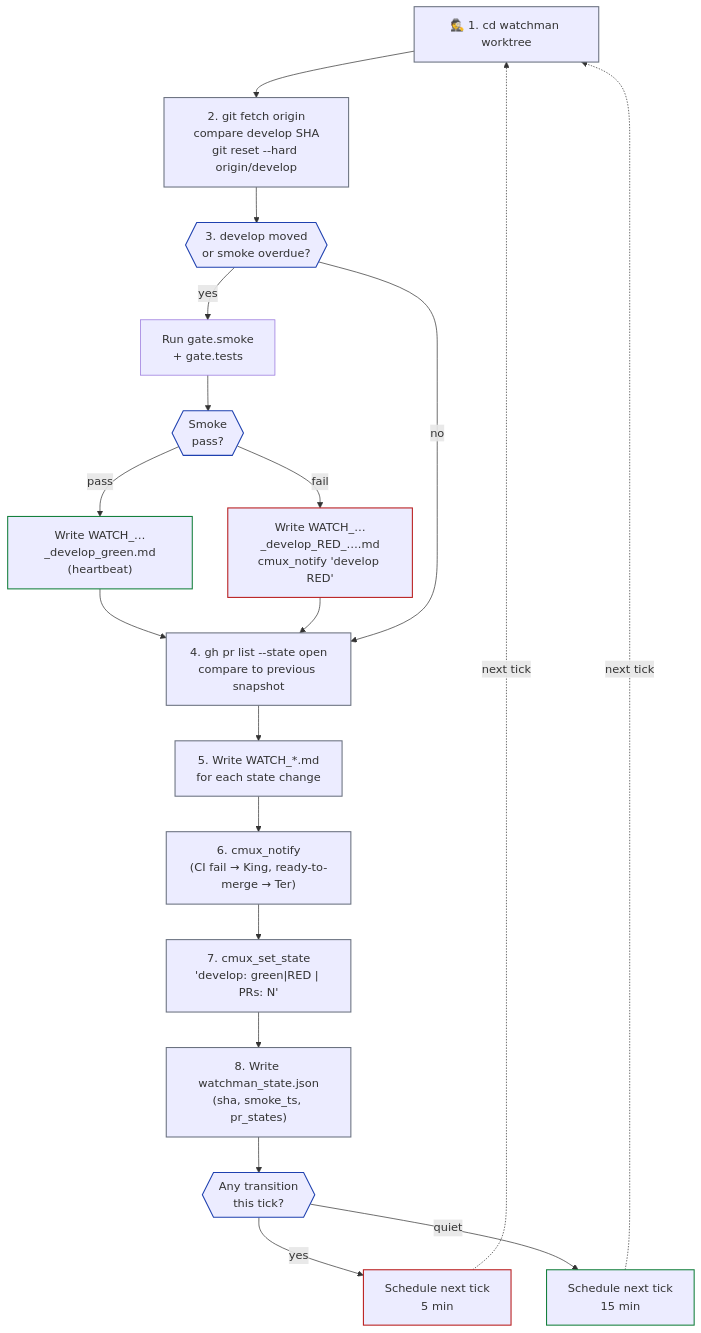
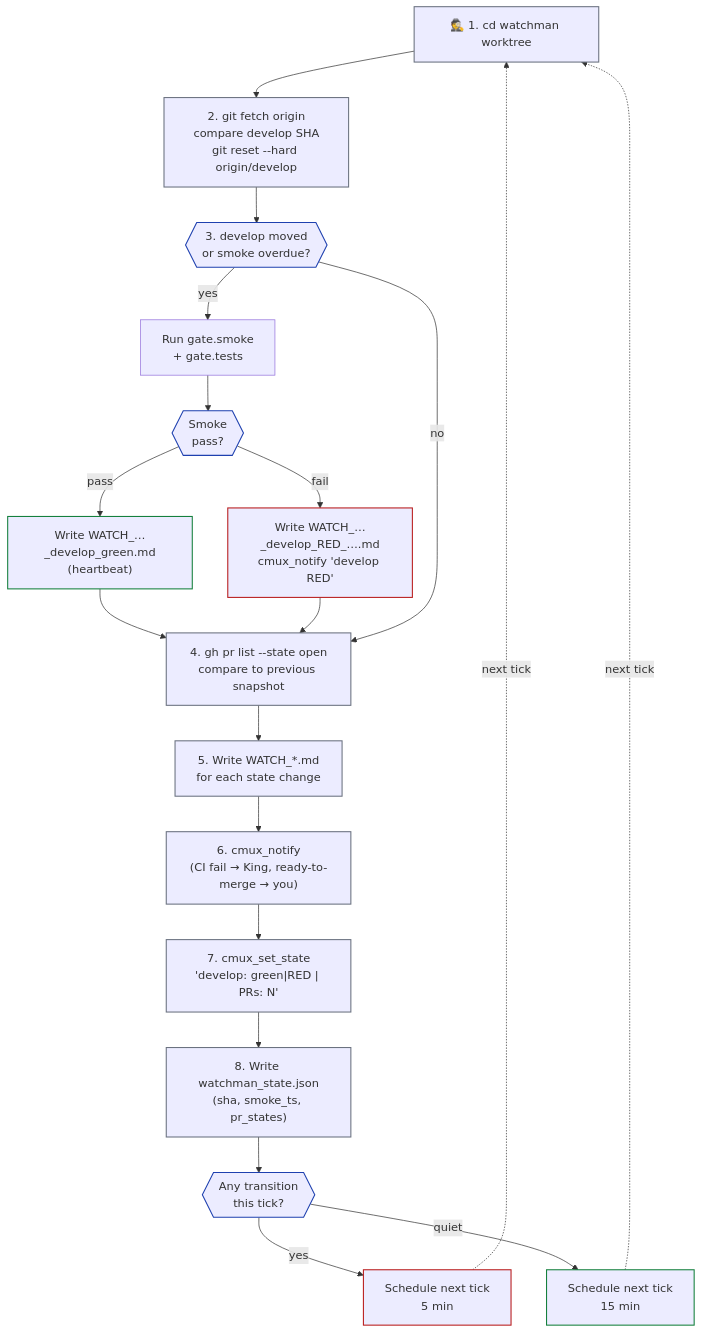
Before and after one commit to chatthong/kingdom: the first of 2 diagrams in .kingdom/.setting/roles/watchman.md, drawn with Mermaid. The commit also changed other lines of this file and 77 other files, not shown here.

````diff
--- a/.kingdom/.setting/roles/watchman.md
+++ b/.kingdom/.setting/roles/watchman.md
@@ -41,39 +47,39 @@
 ```mermaid
 flowchart TB
     T1["🕵️ 1. cd watchman worktree"]
     T2["2. git fetch origin\ncompare develop SHA\ngit reset --hard origin/develop"]
     T3{{"3. develop moved\nor smoke overdue?"}}
     T4["Run gate.smoke\n+ gate.tests"]
     T5{{"Smoke\npass?"}}
     T6["Write WATCH_…_develop_green.md\n(heartbeat)"]
     T7["Write WATCH_…_develop_RED_….md\ncmux_notify 'develop RED'"]
     T8["4. gh pr list --state open\ncompare to previous snapshot"]
     T9["5. Write WATCH_*.md\nfor each state change"]
-    T10["6. cmux_notify\n(CI fail → King, ready-to-merge → Ter)"]
+    T10["6. cmux_notify\n(CI fail → King, ready-to-merge → you)"]
     T11["7. cmux_set_state\n'develop: green|RED | PRs: N'"]
     T12["8. Write watchman_state.json\n(sha, smoke_ts, pr_states)"]
     PACE{{"Any transition\nthis tick?"}}
     WAIT5["Schedule next tick\n5 min"]
     WAIT15["Schedule next tick\n15 min"]
 
     T1 --> T2 --> T3
     T3 -- yes --> T4 --> T5
     T5 -- pass --> T6 --> T8
     T5 -- fail --> T7 --> T8
     T3 -- no --> T8
     T8 --> T9 --> T10 --> T11 --> T12 --> PACE
     PACE -- yes --> WAIT5
     PACE -- quiet --> WAIT15
 
     WAIT5 -.->|"next tick"| T1
     WAIT15 -.->|"next tick"| T1
 
     classDef step stroke:#6b7280,stroke-width:1.5px
     classDef decision stroke:#1e40af,stroke-width:1.5px
     classDef alert stroke:#b91c1c,stroke-width:1.5px
     classDef ok stroke:#15803d,stroke-width:1.5px
     class T1,T2,T8,T9,T10,T11,T12 step
     class T3,T5,PACE decision
     class T7,WAIT5 alert
     class T6,WAIT15 ok
 ```
````
